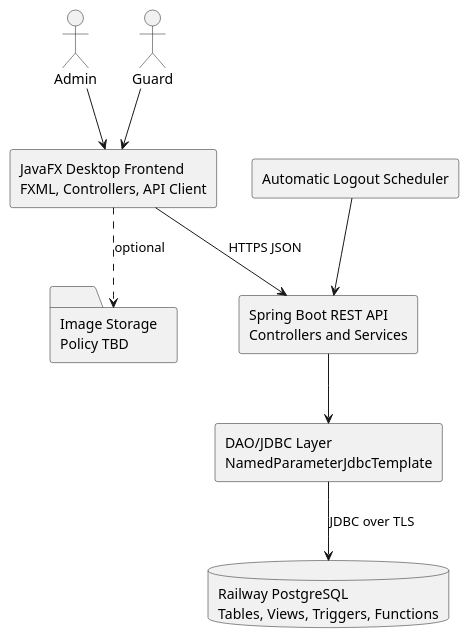
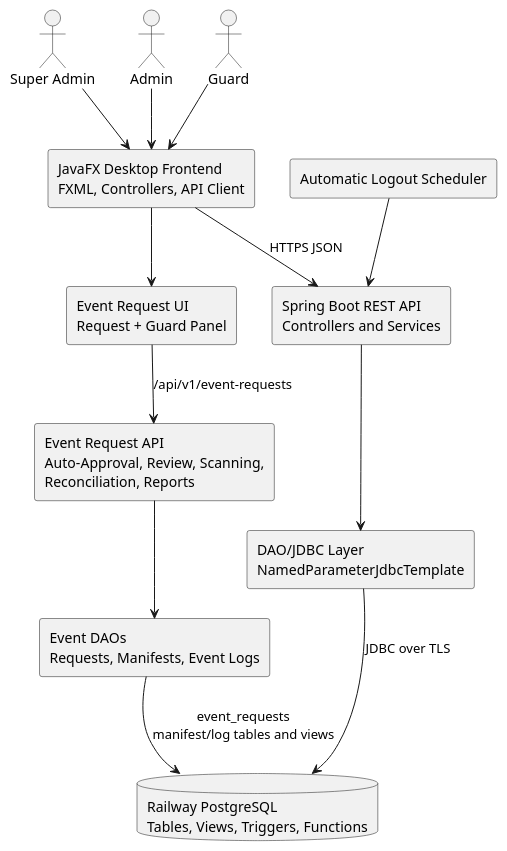
One commit to isnotfred/javafx-byod-client changed the diagram in docs/architecture/diagrams/plantuml/component-diagram.puml. Above: the diagram before and after it, drawn with PlantUML. The commit also changed 48 other files, not shown here.

Commit message:
Update system analysis and architecture documentation

```diff
--- a/docs/architecture/diagrams/plantuml/component-diagram.puml
+++ b/docs/architecture/diagrams/plantuml/component-diagram.puml
@@ -1,21 +1,28 @@
 @startuml
 skinparam componentStyle rectangle
 
+actor "Super Admin" as SuperAdmin
 actor "Admin" as Admin
 actor "Guard" as Guard
 
 component "JavaFX Desktop Frontend\nFXML, Controllers, API Client" as Frontend
 component "Spring Boot REST API\nControllers and Services" as Backend
 component "DAO/JDBC Layer\nNamedParameterJdbcTemplate" as DAO
 database "Railway PostgreSQL\nTables, Views, Triggers, Functions" as DB
 component "Automatic Logout Scheduler" as Scheduler
-folder "Image Storage\nPolicy TBD" as Images
+component "Event Request UI\nRequest + Guard Panel" as EventUI
+component "Event Request API\nAuto-Approval, Review, Scanning,\nReconciliation, Reports" as EventAPI
+component "Event DAOs\nRequests, Manifests, Event Logs" as EventDAO
 
+SuperAdmin --> Frontend
 Admin --> Frontend
 Guard --> Frontend
 Frontend --> Backend : HTTPS JSON
 Backend --> DAO
+Frontend --> EventUI
+EventUI --> EventAPI : /api/v1/event-requests
+EventAPI --> EventDAO
+EventDAO --> DB : event_requests\nmanifest/log tables and views
 Scheduler --> Backend
 DAO --> DB : JDBC over TLS
-Frontend ..> Images : optional
 @enduml
```
